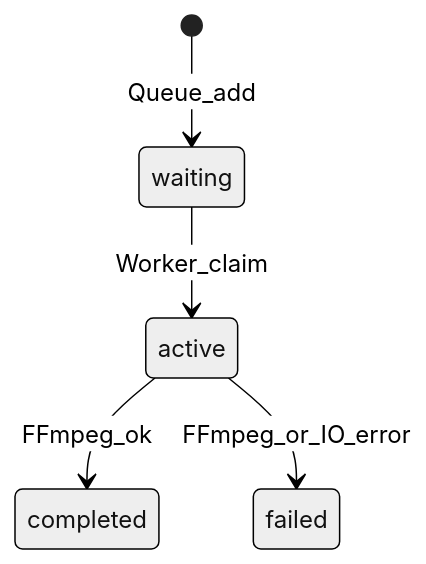
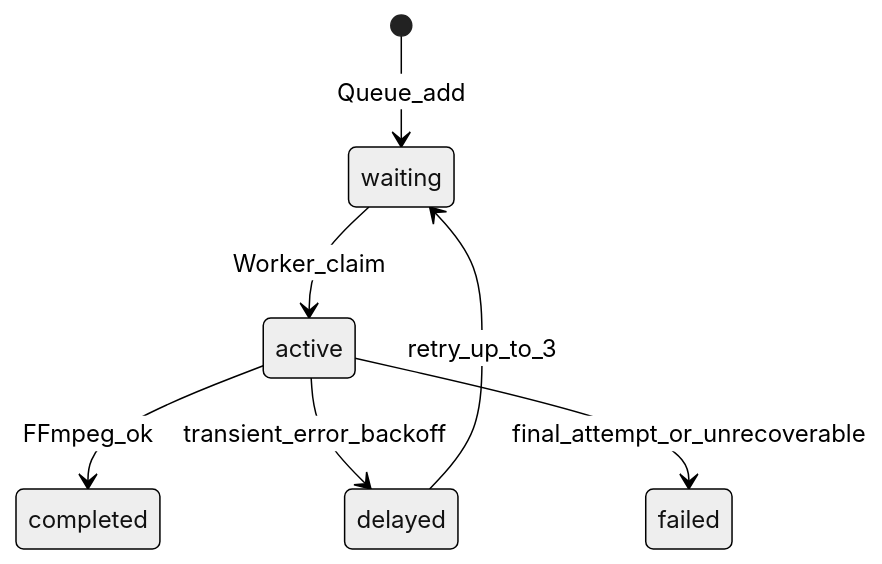
Before and after one commit to Shivanshsri15/VideoProcessing: the sixth of 6 diagrams in README.md, drawn with Mermaid (neutral theme). The commit also changed other lines of this file and 10 other files, not shown here.

````diff
--- a/README.md
+++ b/README.md
@@ -320,7 +324,9 @@
 ```mermaid
 stateDiagram-v2
   [*] --> waiting: Queue_add
   waiting --> active: Worker_claim
   active --> completed: FFmpeg_ok
-  active --> failed: FFmpeg_or_IO_error
+  active --> delayed: transient_error_backoff
+  delayed --> waiting: retry_up_to_3
+  active --> failed: final_attempt_or_unrecoverable
 ```
````
